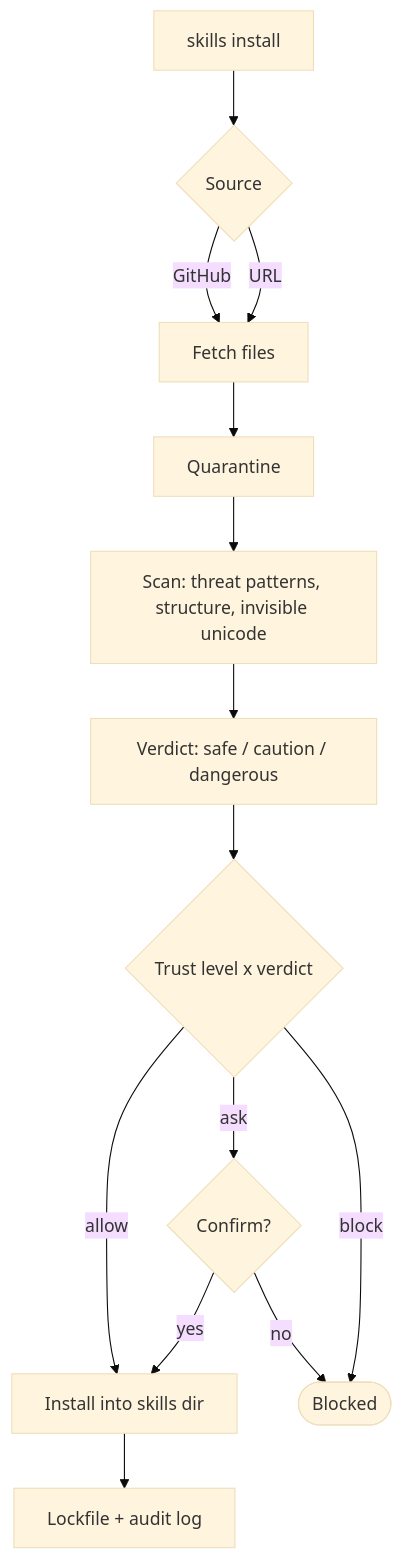
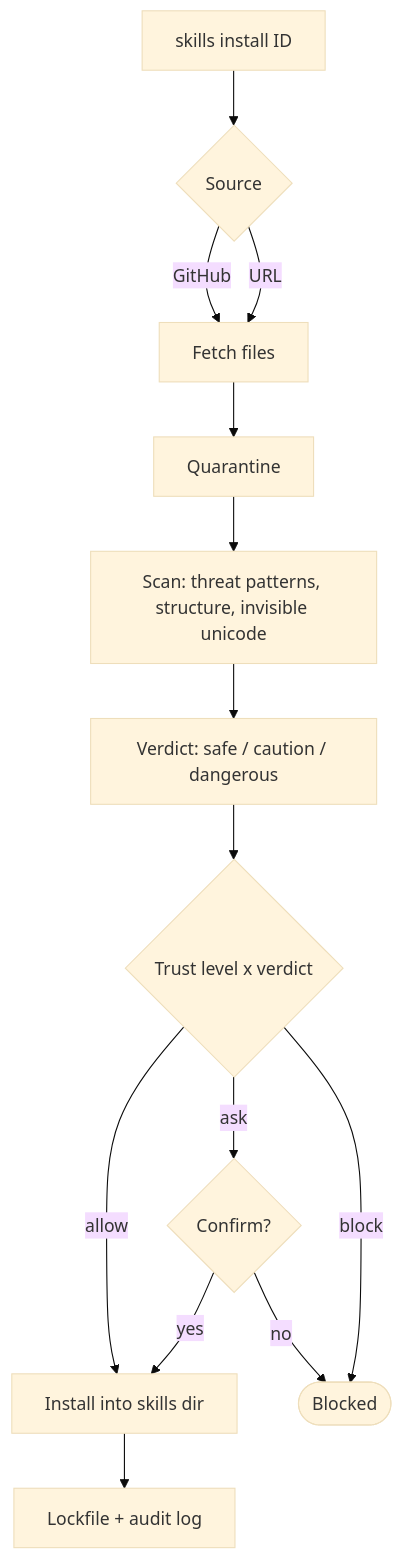
The seventh of 8 diagrams in docs/HLD.md (TSKVenkat/caduceus), drawn with Mermaid (base theme) before and after one commit. The commit also changed other lines of this file, not shown here.

First line of the commit message:
docs: fix mermaid parse errors in HLD (#47)

````diff
--- a/docs/HLD.md
+++ b/docs/HLD.md
@@ -157,16 +157,16 @@
 ```mermaid
 flowchart TD
-  q["skills install <id>"] --> src{"Source"}
+  q["skills install ID"] --> src{"Source"}
   src -- "GitHub" --> fetch["Fetch files"]
   src -- "URL" --> fetch
   fetch --> quar["Quarantine"]
   quar --> scan["Scan: threat patterns, structure, invisible unicode"]
   scan --> verdict["Verdict: safe / caution / dangerous"]
   verdict --> policy{"Trust level x verdict"}
   policy -- "allow" --> install["Install into skills dir"]
   policy -- "ask" --> confirm{"Confirm?"}
   policy -- "block" --> blocked(["Blocked"])
   confirm -- "yes" --> install
   confirm -- "no" --> blocked
   install --> record["Lockfile + audit log"]
 ```
````
